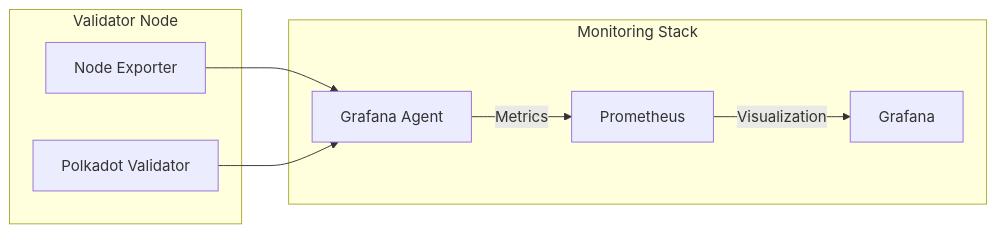
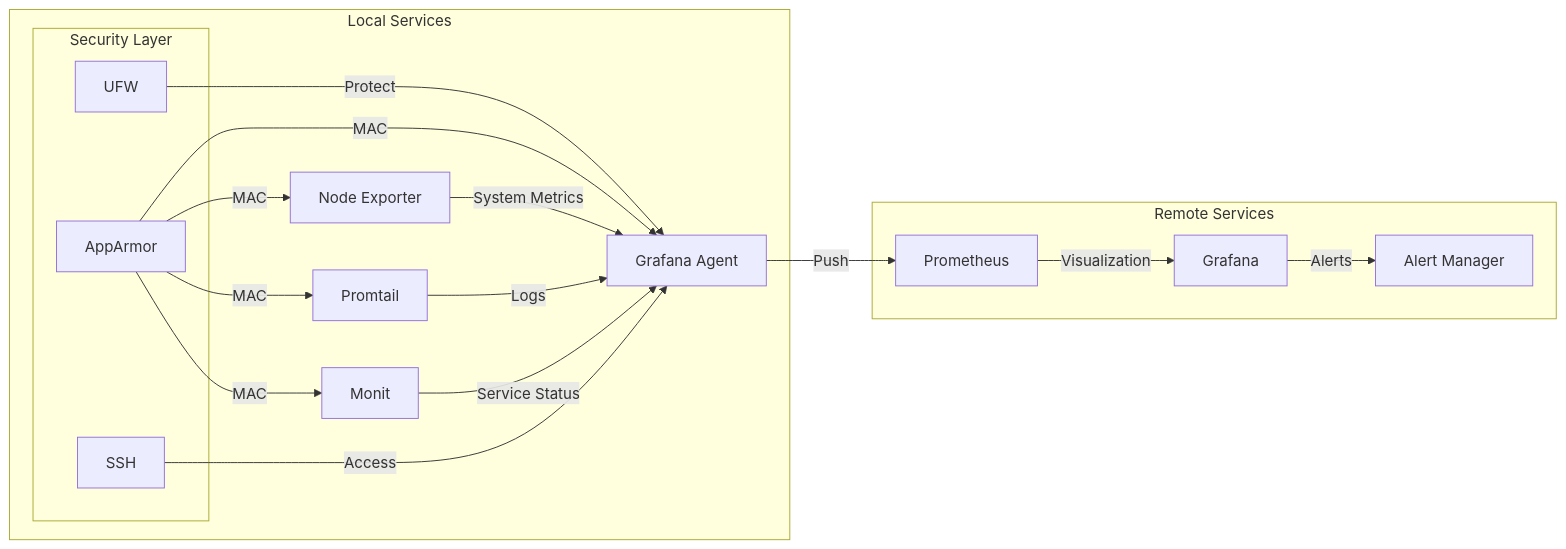
One commit to pampatzoglou/provision-validators changed the second of 2 diagrams in roles/admin/README.md. Above: the diagram before and after it, drawn with Mermaid. The commit also changed other lines of this file and 2 other files, not shown here.

Commit message:
update README files

````diff
--- a/roles/admin/README.md
+++ b/roles/admin/README.md
@@ -224,15 +240,35 @@
 ```mermaid
 graph LR
-    subgraph Monitoring Stack
-        A[Grafana Agent] --> |Metrics| B[Prometheus]
-        B --> |Visualization| C[Grafana]
+    subgraph Local Services
+        A[Grafana Agent]
+        B[Node Exporter]
+        C[Promtail]
+        D[Monit]
+        
+        subgraph Security Layer
+            E[UFW]
+            F[AppArmor]
+            G[SSH]
+        end
     end
 
-    subgraph Validator Node
-        D[Node Exporter]
-        E[Polkadot Validator]
+    subgraph Remote Services
+        H[Prometheus]
+        I[Grafana]
+        J[Alert Manager]
     end
 
-    D --> A
-    E --> A
+    B --> |System Metrics| A
+    C --> |Logs| A
+    D --> |Service Status| A
+    A --> |Push| H
+    H --> |Visualization| I
+    I --> |Alerts| J
+
+    E --> |Protect| A
+    F --> |MAC| A
+    F --> |MAC| B
+    F --> |MAC| C
+    F --> |MAC| D
+    G --> |Access| A
 ```
````
